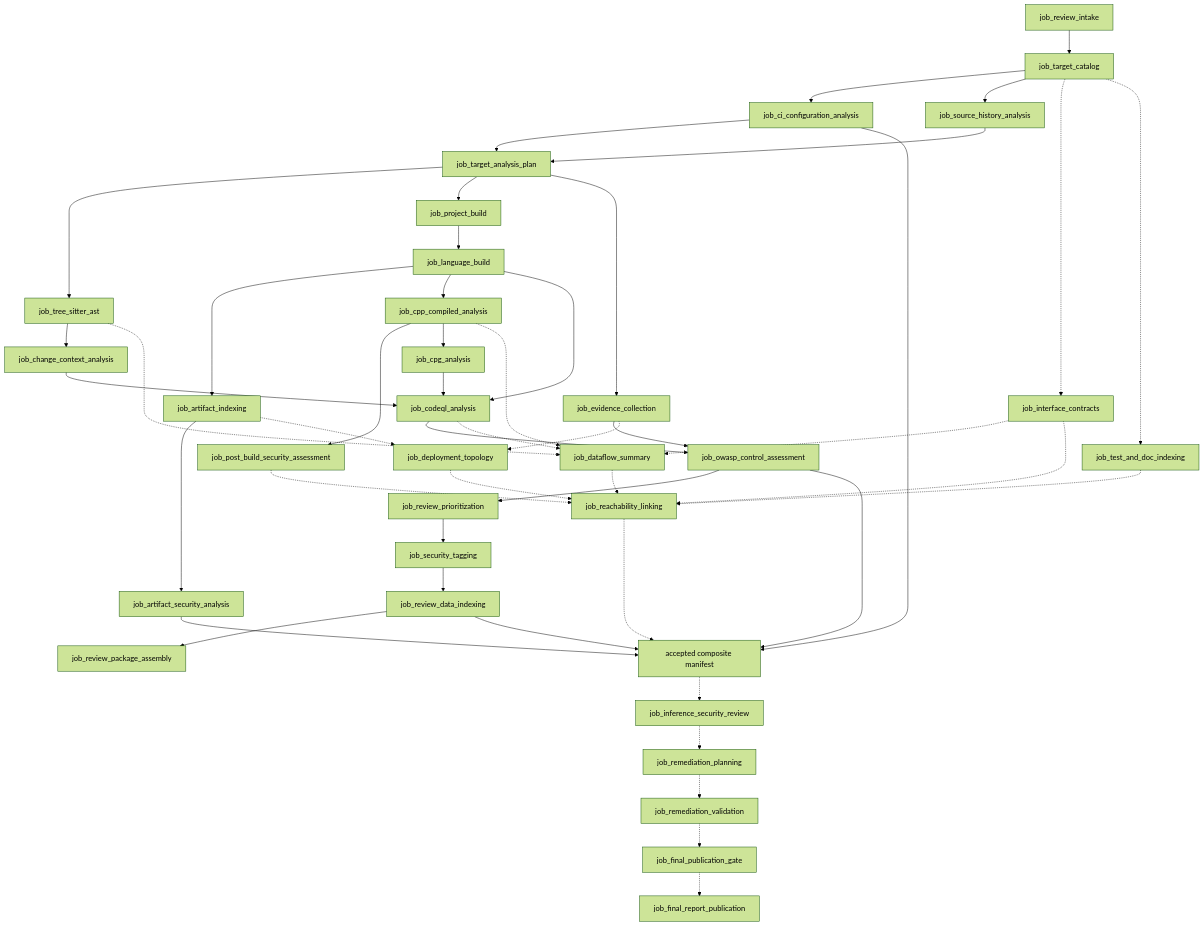
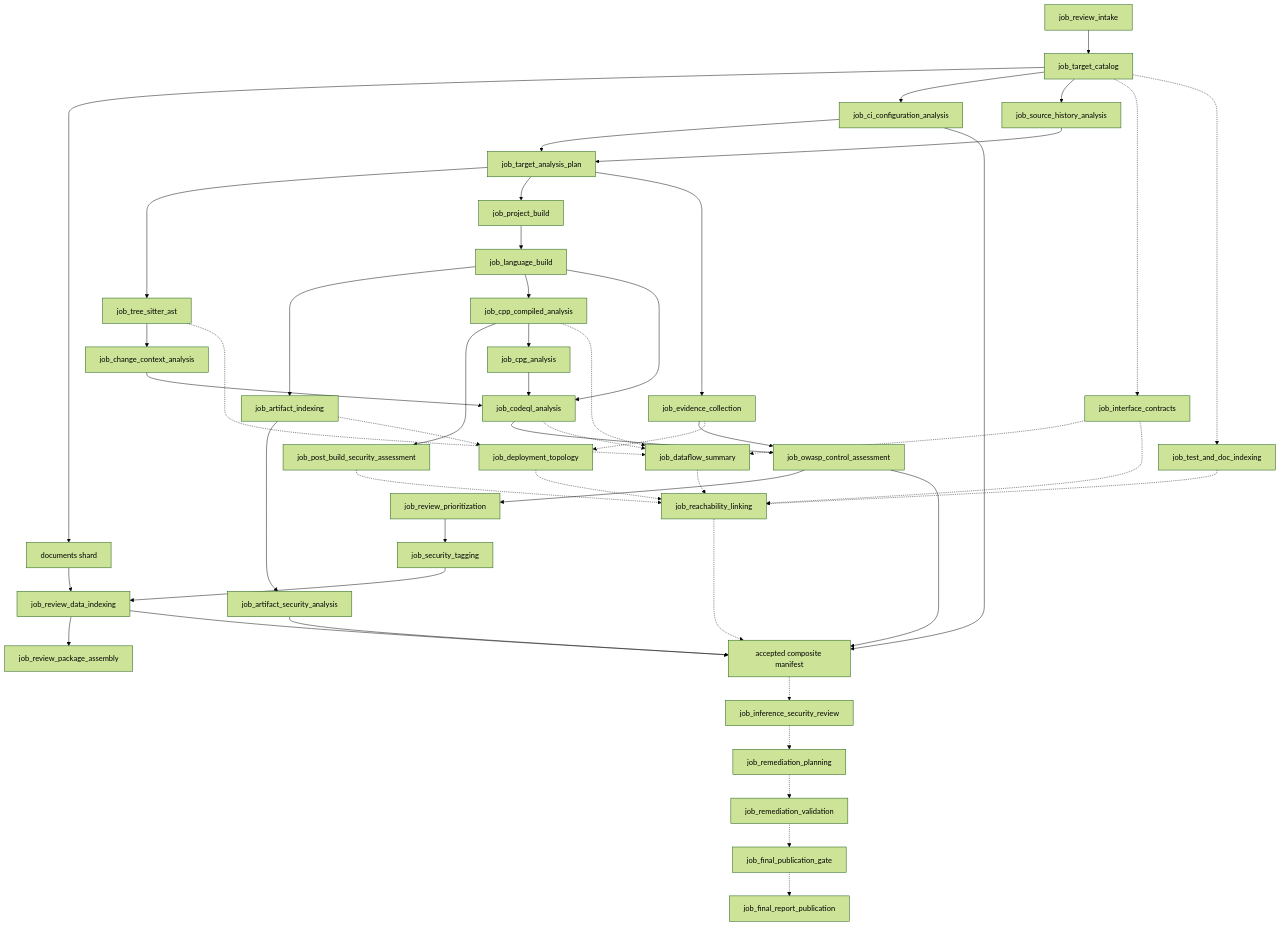
The diagram in docs/architecture/evidence-sources-and-dataflow-retrieval.md (wsollers/appsec-review), drawn with Mermaid (forest theme) before and after one commit. The commit also changed other lines of this file and 17 other files, not shown here.

````diff
--- a/docs/architecture/evidence-sources-and-dataflow-retrieval.md
+++ b/docs/architecture/evidence-sources-and-dataflow-retrieval.md
@@ -256,45 +256,46 @@
 ```mermaid
 flowchart TD
   I[job_review_intake] --> C[job_target_catalog]
+  C --> DOC[documents shard] --> RD
   C --> CI[job_ci_configuration_analysis]
   C --> SH[job_source_history_analysis]
   CI --> P[job_target_analysis_plan]
   SH --> P
   P --> TS[job_tree_sitter_ast] --> CC[job_change_context_analysis]
   P --> PB[job_project_build] --> LB[job_language_build]
   P --> EC[job_evidence_collection]
   LB --> AI[job_artifact_indexing] --> AS[job_artifact_security_analysis]
   LB --> CPP[job_cpp_compiled_analysis] --> PBS[job_post_build_security_assessment]
   CPP --> CPG[job_cpg_analysis]
   LB --> CQ[job_codeql_analysis]
   CPG --> CQ
   CC --> CQ
   EC --> OW[job_owasp_control_assessment]
   CQ --> OW
   OW --> RP0[job_review_prioritization] --> ST[job_security_tagging]
   ST --> RD[job_review_data_indexing] --> RPA[job_review_package_assembly]
 
   C -.-> IC[job_interface_contracts]
   C -.-> TD[job_test_and_doc_indexing]
   EC -.-> DT[job_deployment_topology]
   AI -.-> DT
 
   CQ -.-> DF[job_dataflow_summary]
   CPP -.-> DF
   TS -.-> DF
   IC -.-> DF
 
   DF -.-> RX[job_reachability_linking]
   IC -.-> RX
   DT -.-> RX
   TD -.-> RX
   PBS -.-> RX
 
   RX -.-> M[accepted composite manifest]
   AS --> M
   OW --> M
   CI --> M
   RD --> M
   M -.-> R[job_inference_security_review]
   R -.-> RP[job_remediation_planning] -.-> RV[job_remediation_validation] -.-> G[job_final_publication_gate] -.-> FR[job_final_report_publication]
 ```
````
